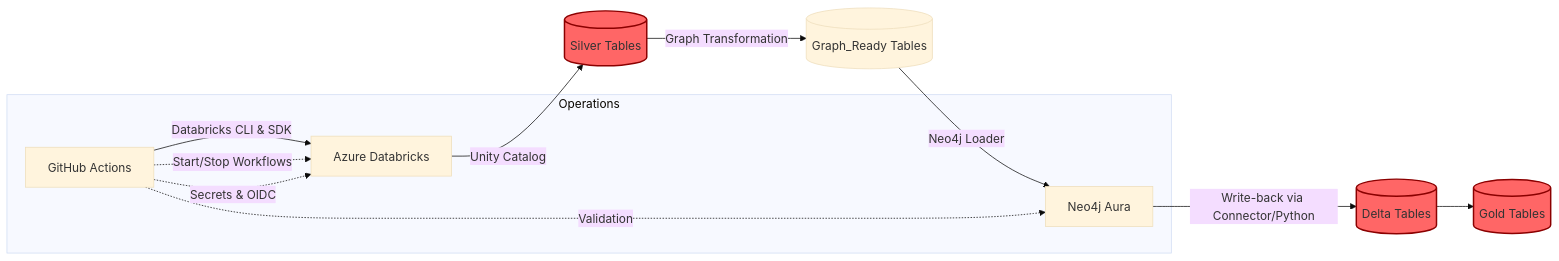
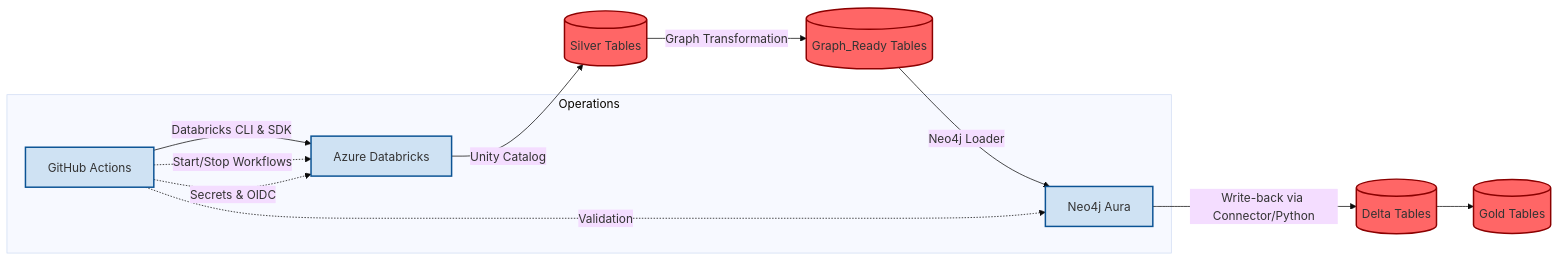
The diagram in README.md (joy-neo4j/neo4j-databricks-azure-pipeline), drawn with Mermaid (base theme) before and after one commit.

````diff
--- a/README.md
+++ b/README.md
@@ -45,18 +45,21 @@
 ```mermaid
 flowchart LR
   GH[GitHub Actions] -->|Databricks CLI & SDK| DBX[Azure Databricks]
   DBX -->|Unity Catalog| Silver[(Silver Tables)]
   Silver -->|Graph Transformation| GR[(Graph_Ready Tables)]
   GR -->|Neo4j Loader| NEO4J[Neo4j Aura]
   NEO4J -->|Write-back via Connector/Python| Delta[(Delta Tables)]
   Delta --> Gold[(Gold Tables)]
 
   subgraph Operations
     GH -.->|Start/Stop Workflows| DBX
     GH -.->|Secrets & OIDC| DBX
     GH -.->|Validation| NEO4J
   end
 
   classDef store fill:#ff6666,stroke:#8b0000,stroke-width:2px;
-  class Silver,Delta,Graph_Ready,Gold store
+  class Silver,Delta,GR,Gold store
+
+  classDef compute fill:#cfe2f3,stroke:#0b5394,stroke-width:2px;
+  class GH,DBX,NEO4J compute
 ```
````
